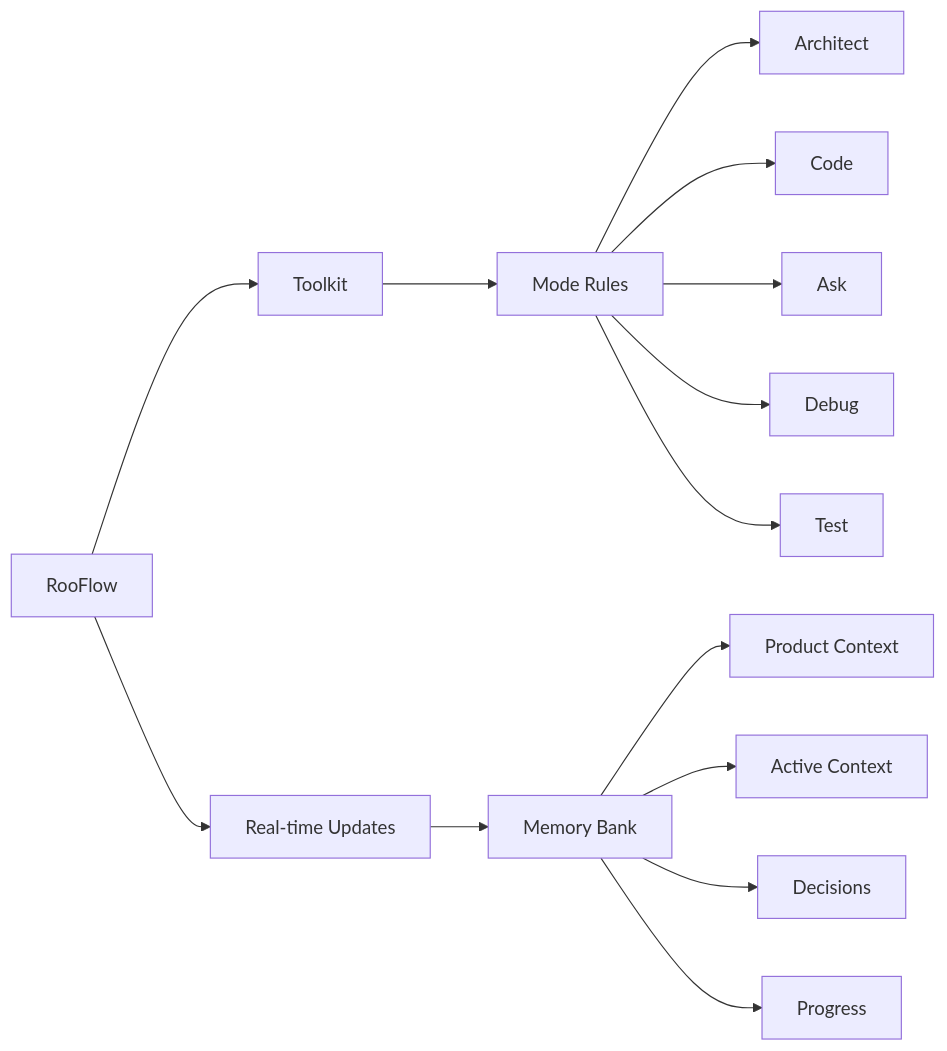
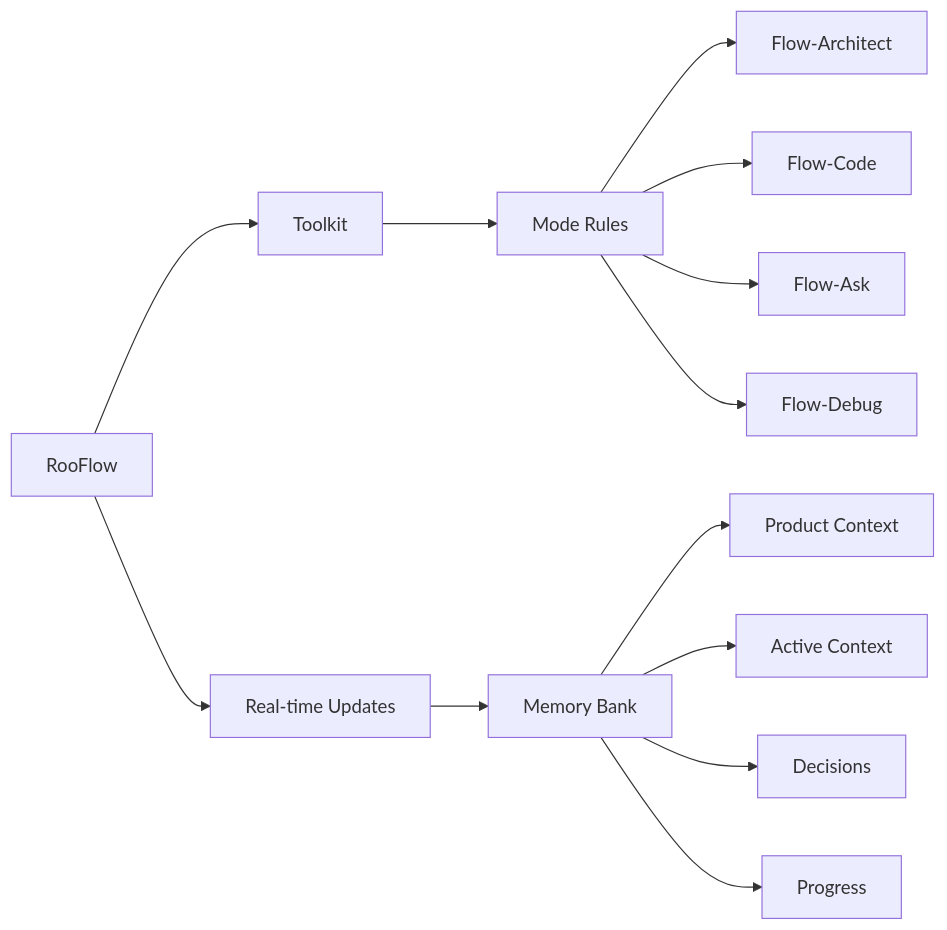
The diagram in README.md (pchaganti/ax-roo-flow), drawn with Mermaid before and after one commit. The commit also changed other lines of this file and 17 other files, not shown here.

````diff
--- a/README.md
+++ b/README.md
@@ -52,9 +48,9 @@
 ```mermaid
 flowchart LR
     A["RooFlow"] --> D["Toolkit"]
     A["RooFlow"] --> M["Real-time Updates"]
     D --> C["Mode Rules"]
     B["Memory Bank"] --> E["Product Context"] & N["Active Context"] & F["Decisions"] & G["Progress"]
-    C --> H["Architect"] & I["Code"] & J["Ask"] & K["Debug"] & L["Test"]
+    C --> H["Flow-Architect"] & I["Flow-Code"] & J["Flow-Ask"] & K["Flow-Debug"]
     M["Real-time Updates"] --> B
 ```
````
